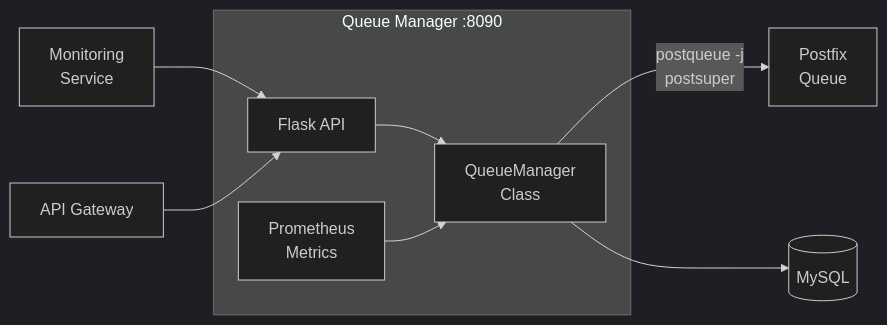
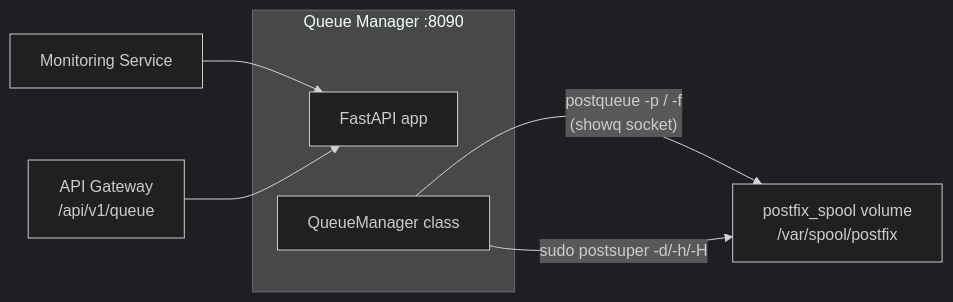
Before and after one commit to Techies-Africa/mailyte-mail-server-community: the diagram in docs/worker/queue-manager.md, drawn with Mermaid (dark theme). The commit also changed other lines of this file and 481 other files, not shown here.

````diff
--- a/docs/worker/queue-manager.md
+++ b/docs/worker/queue-manager.md
@@ -19,17 +16,13 @@
 ```mermaid
 flowchart LR
     subgraph QueueMgr["Queue Manager :8090"]
-        API["Flask API"]
-        QM["QueueManager\nClass"]
-        Metrics["Prometheus\nMetrics"]
+        API["FastAPI app"]
+        QM["QueueManager class"]
     end
 
-    QM -->|"postqueue -j\npostsuper"| Postfix["Postfix\nQueue"]
-    QM --> MySQL[(MySQL)]
+    QM -->|"postqueue -p / -f\n(showq socket)"| Spool["postfix_spool volume\n/var/spool/postfix"]
+    QM -->|"sudo postsuper -d/-h/-H"| Spool
 
-    API --> QM
-    Metrics --> QM
-
-    Monitor["Monitoring\nService"] --> API
-    APIGateway["API Gateway"] --> API
+    Monitor["Monitoring Service"] --> API
+    APIGateway["API Gateway\n/api/v1/queue"] --> API
 ```
````
